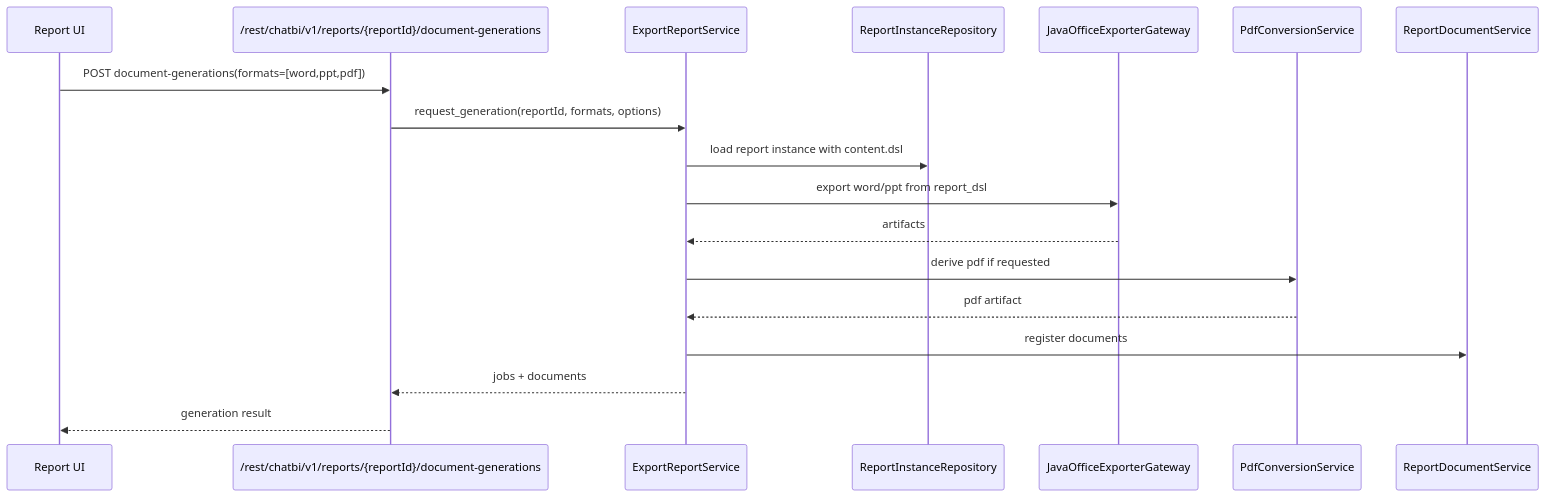
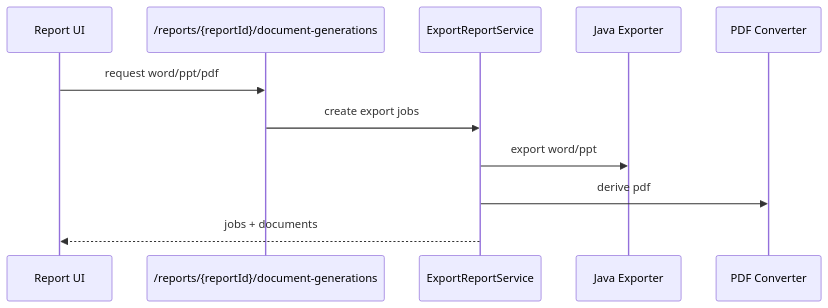
The second of 2 diagrams in design/implementation/runtime_sequences.md (shel447/ReportSystem), drawn with Mermaid before and after one commit. The commit also changed other lines of this file and 53 other files, not shown here.

````diff
--- a/design/implementation/runtime_sequences.md
+++ b/design/implementation/runtime_sequences.md
@@ -88,21 +26,14 @@
 ```mermaid
 sequenceDiagram
     participant UI as Report UI
-    participant API as /rest/chatbi/v1/reports/{reportId}/document-generations
+    participant API as /reports/{reportId}/document-generations
     participant App as ExportReportService
-    participant Repo as ReportInstanceRepository
-    participant Java as JavaOfficeExporterGateway
-    participant PDF as PdfConversionService
-    participant Doc as ReportDocumentService
+    participant EXP as Java Exporter
+    participant PDF as PDF Converter
 
-    UI->>API: POST document-generations(formats=[word,ppt,pdf])
-    API->>App: request_generation(reportId, formats, options)
-    App->>Repo: load report instance with content.dsl
-    App->>Java: export word/ppt from report_dsl
-    Java-->>App: artifacts
-    App->>PDF: derive pdf if requested
-    PDF-->>App: pdf artifact
-    App->>Doc: register documents
-    App-->>API: jobs + documents
-    API-->>UI: generation result
+    UI->>API: request word/ppt/pdf
+    API->>App: create export jobs
+    App->>EXP: export word/ppt
+    App->>PDF: derive pdf
+    App-->>UI: jobs + documents
 ```
````
